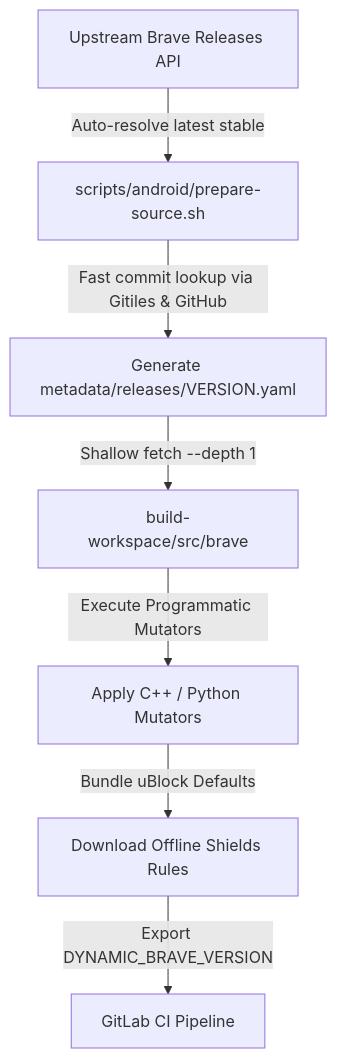
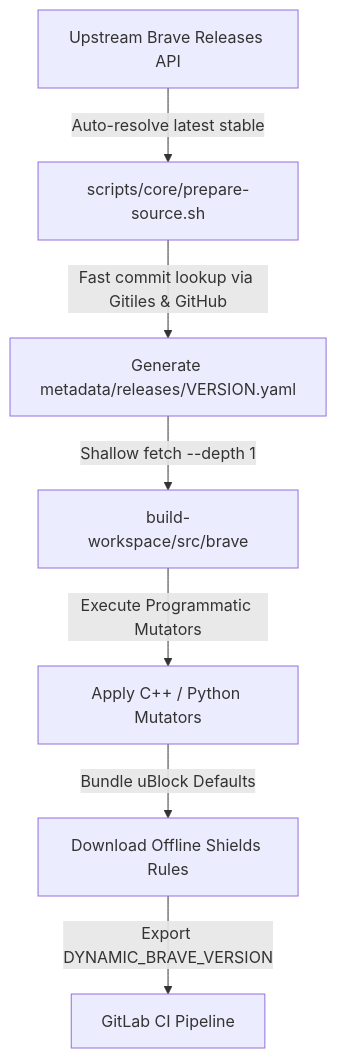
Before and after one commit to gajera1080/CeriumBrowser: the first of 2 diagrams in .agents/skills/braving/SKILL.md, drawn with Mermaid. The commit also changed other lines of this file and 45 other files, not shown here.

First line of the commit message:
refactor(arch): restructure modular multi-architecture codebase and reclassify patches

````diff
--- a/.agents/skills/braving/SKILL.md
+++ b/.agents/skills/braving/SKILL.md
@@ -34,9 +34,9 @@
 ```mermaid
 flowchart TD
-    A[Upstream Brave Releases API] -->|Auto-resolve latest stable| B[scripts/android/prepare-source.sh]
+    A[Upstream Brave Releases API] -->|Auto-resolve latest stable| B[scripts/core/prepare-source.sh]
     B -->|Fast commit lookup via Gitiles & GitHub| C[Generate metadata/releases/VERSION.yaml]
     C -->|Shallow fetch --depth 1| D[build-workspace/src/brave]
     D -->|Execute Programmatic Mutators| E[Apply C++ / Python Mutators]
     E -->|Bundle uBlock Defaults| F[Download Offline Shields Rules]
     F -->|Export DYNAMIC_BRAVE_VERSION| G[GitLab CI Pipeline]
 ```
````
